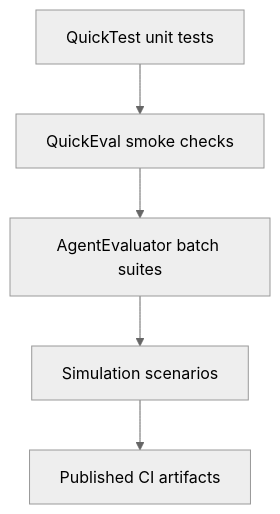
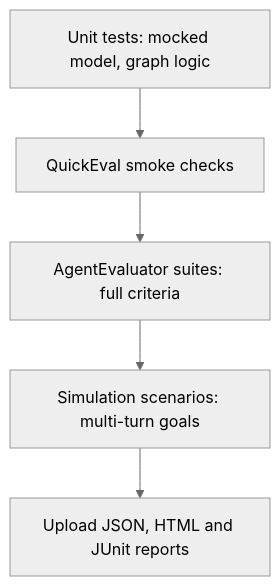
One commit to 10xHub/agentflow-docs changed the diagram in src/content/docs/examples/evaluation.md. Above: the diagram before and after it, drawn with Mermaid (neutral theme). The commit also changed other lines of this file and 130 other files, not shown here.

````diff
--- a/src/content/docs/examples/evaluation.md
+++ b/src/content/docs/examples/evaluation.md
@@ -246,7 +279,9 @@
 ```mermaid
 flowchart TD
-    A[QuickTest unit tests] --> B[QuickEval smoke checks]
-    B --> C[AgentEvaluator batch suites]
-    C --> D[Simulation scenarios]
-    D --> E[Published CI artifacts]
+    A["Unit tests: mocked model, graph logic"]
+    B["QuickEval smoke checks"]
+    C["AgentEvaluator suites: full criteria"]
+    D["Simulation scenarios: multi-turn goals"]
+    E["Upload JSON, HTML and JUnit reports"]
+    A --> B --> C --> D --> E
 ```
````
